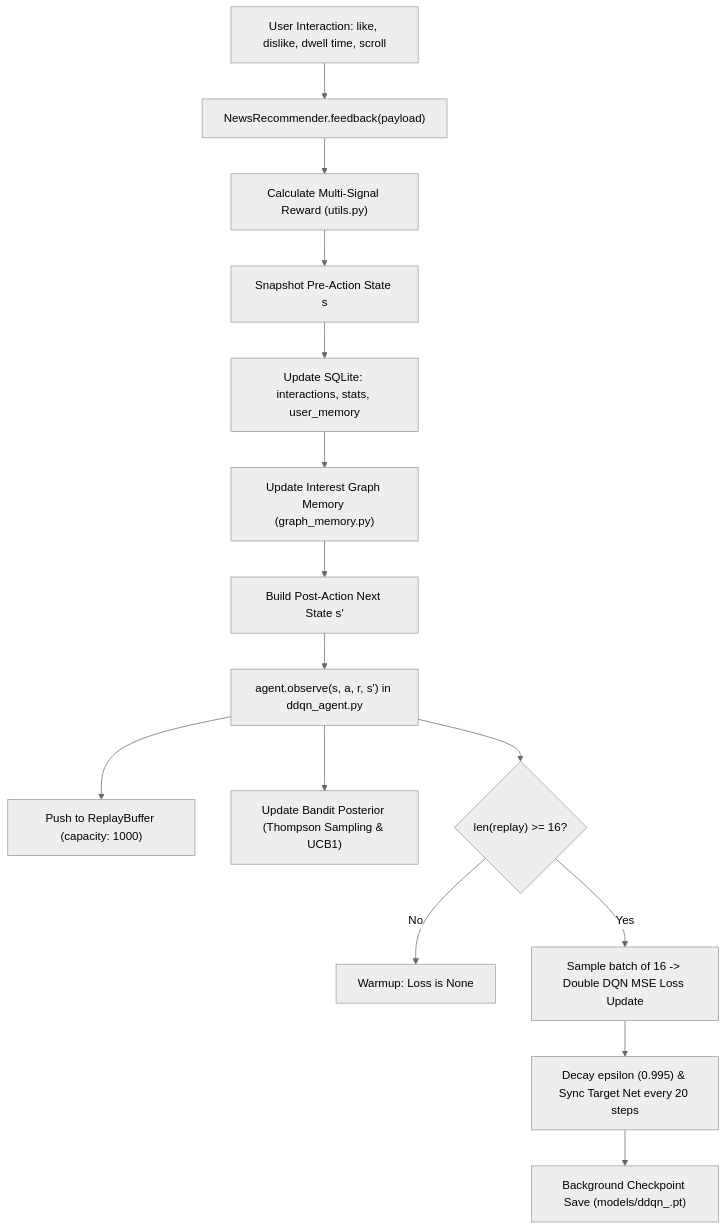
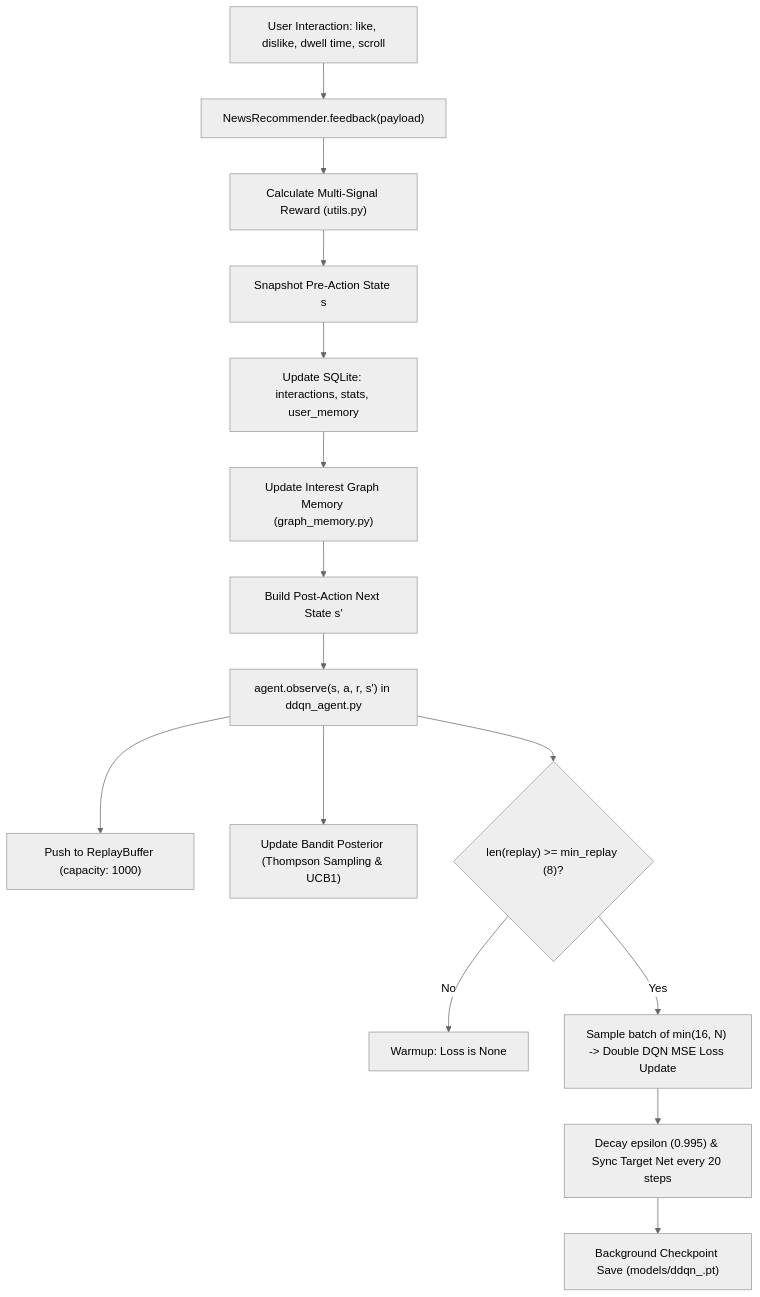
One commit to NematSachdeva/news-rl changed the second of 2 diagrams in docs/architecture.md. Above: the diagram before and after it, drawn with Mermaid (neutral theme). The commit also changed 1 other file, not shown here.

Commit message:
docs: rewrite README with factual architecture, verified metrics, and zero-icon contract

````diff
--- a/docs/architecture.md
+++ b/docs/architecture.md
@@ -54,17 +54,17 @@
 ```mermaid
 flowchart TD
     A["User Interaction: like, dislike, dwell time, scroll"] --> B["NewsRecommender.feedback(payload)"]
     B --> C["Calculate Multi-Signal Reward (utils.py)"]
     C --> D["Snapshot Pre-Action State s"]
     D --> E["Update SQLite: interactions, stats, user_memory"]
     E --> F["Update Interest Graph Memory (graph_memory.py)"]
     F --> G["Build Post-Action Next State s'"]
     G --> H["agent.observe(s, a, r, s') in ddqn_agent.py"]
     H --> I["Push to ReplayBuffer (capacity: 1000)"]
     H --> J["Update Bandit Posterior (Thompson Sampling & UCB1)"]
-    H --> K{"len(replay) >= 16?"}
+    H --> K{"len(replay) >= min_replay (8)?"}
     K -- No --> L["Warmup: Loss is None"]
-    K -- Yes --> M["Sample batch of 16 -> Double DQN MSE Loss Update"]
+    K -- Yes --> M["Sample batch of min(16, N) -> Double DQN MSE Loss Update"]
     M --> N["Decay epsilon (0.995) & Sync Target Net every 20 steps"]
     N --> O["Background Checkpoint Save (models/ddqn_<user>.pt)"]
 ```
````
